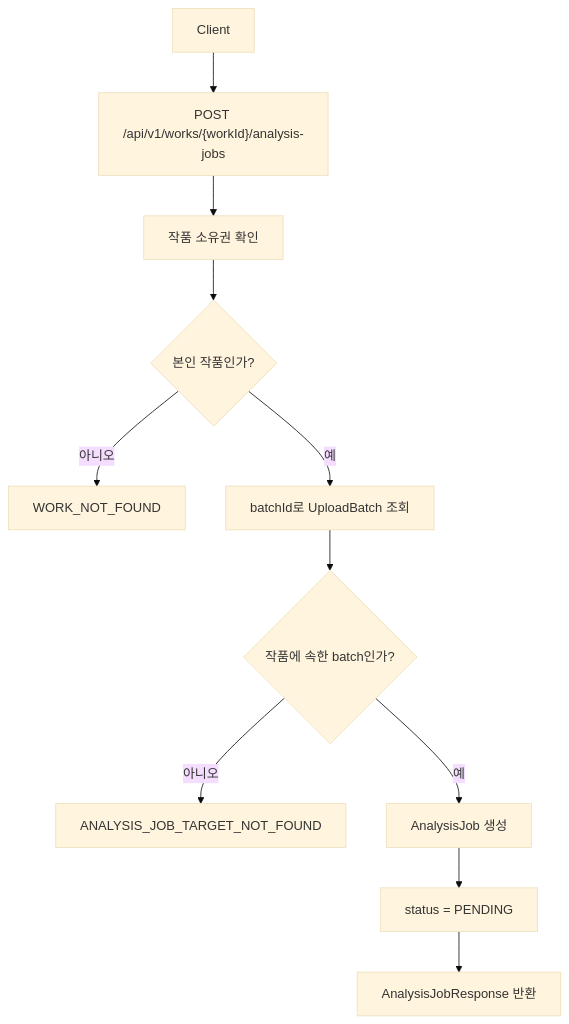
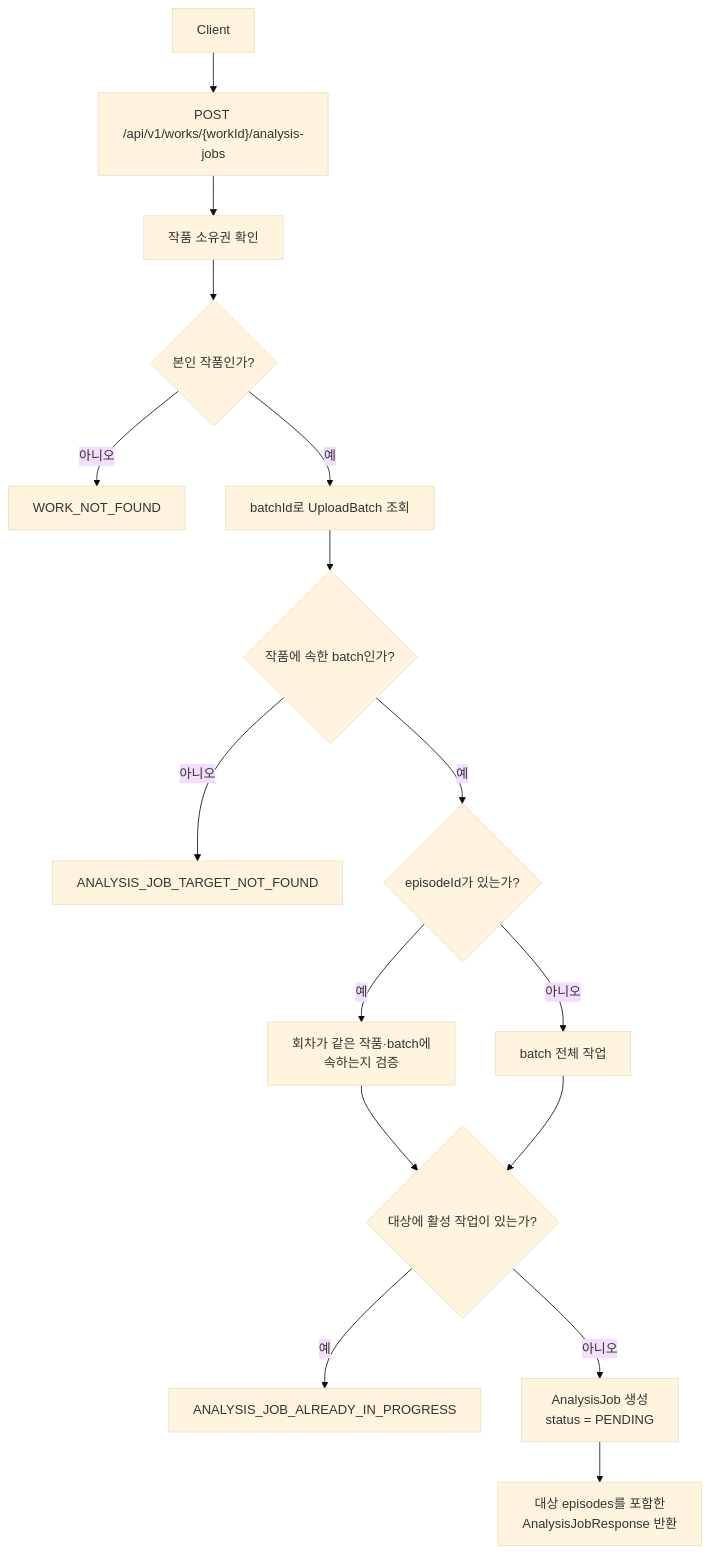
The first of 10 diagrams in docs/analysis-workflow.md (catchhole-soma/catchhole-backend-java), drawn with Mermaid (base theme) before and after one commit. The commit also changed other lines of this file and 9 other files, not shown here.

````diff
--- a/docs/analysis-workflow.md
+++ b/docs/analysis-workflow.md
@@ -9,13 +9,18 @@
 ```mermaid
 flowchart TD
     A["Client"] --> B["POST /api/v1/works/{workId}/analysis-jobs"]
     B --> C["작품 소유권 확인"]
     C --> D{"본인 작품인가?"}
     D -- "아니오" --> E["WORK_NOT_FOUND"]
     D -- "예" --> F["batchId로 UploadBatch 조회"]
     F --> G{"작품에 속한 batch인가?"}
     G -- "아니오" --> H["ANALYSIS_JOB_TARGET_NOT_FOUND"]
-    G -- "예" --> I["AnalysisJob 생성"]
-    I --> J["status = PENDING"]
-    J --> K["AnalysisJobResponse 반환"]
+    G -- "예" --> I{"episodeId가 있는가?"}
+    I -- "예" --> J["회차가 같은 작품·batch에<br/>속하는지 검증"]
+    I -- "아니오" --> K["batch 전체 작업"]
+    J --> L{"대상에 활성 작업이 있는가?"}
+    K --> L
+    L -- "예" --> M["ANALYSIS_JOB_ALREADY_IN_PROGRESS"]
+    L -- "아니오" --> N["AnalysisJob 생성<br/>status = PENDING"]
+    N --> O["대상 episodes를 포함한<br/>AnalysisJobResponse 반환"]
 ```
````
